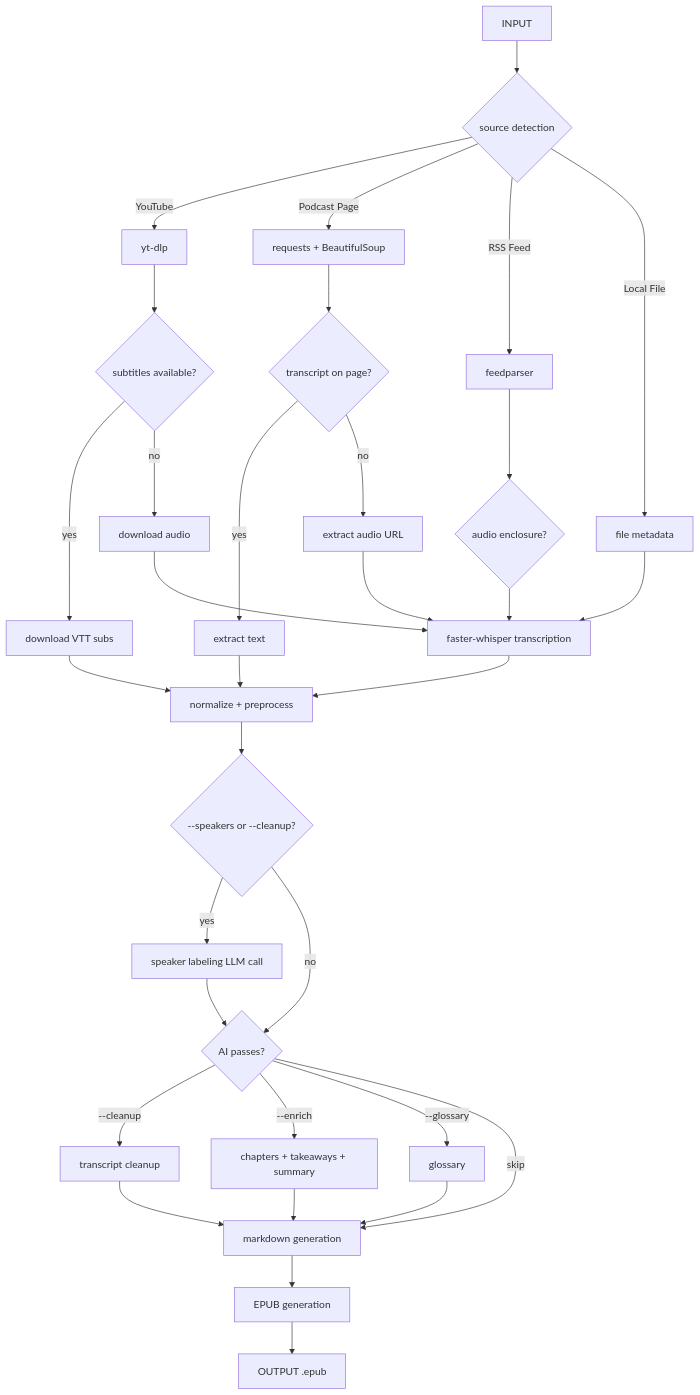
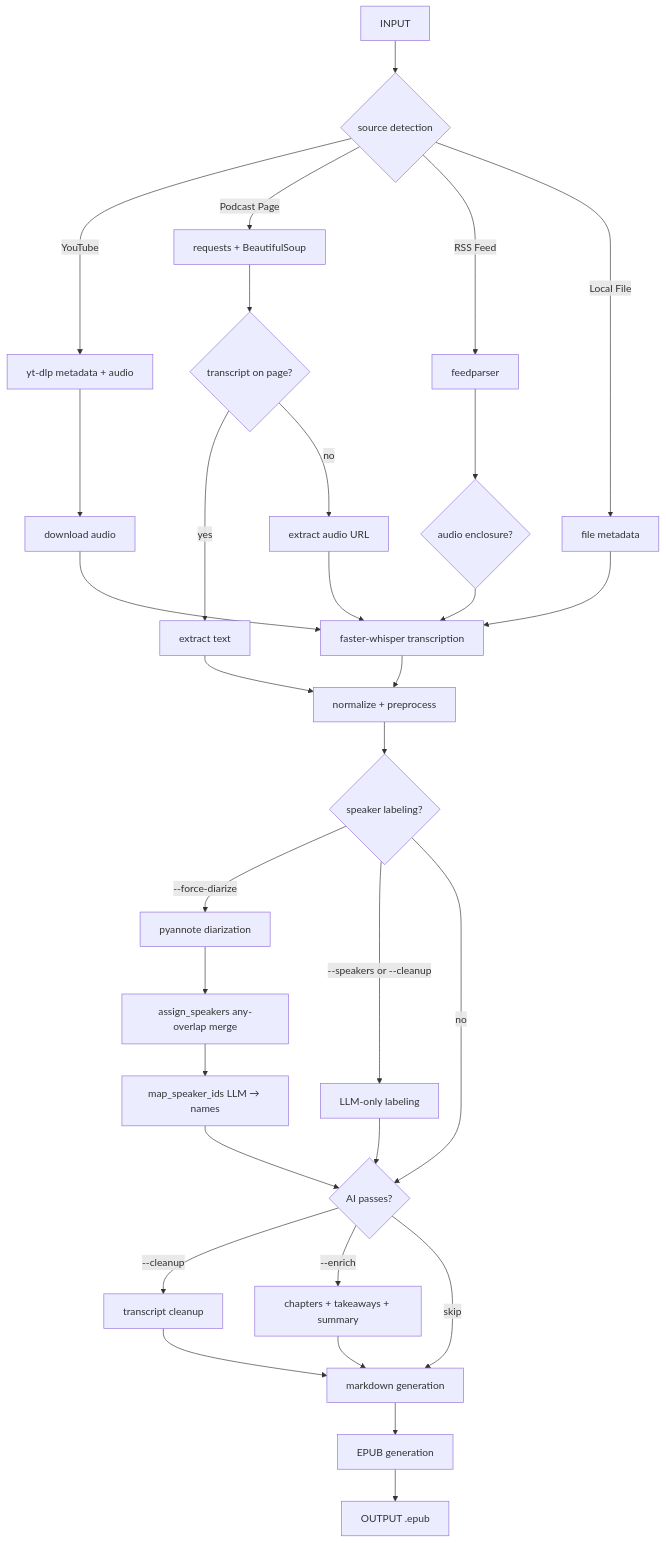
Before and after one commit to huajie06/to-text: the diagram in README.md, drawn with Mermaid. The commit also changed other lines of this file and 19 other files, not shown here.

First line of the commit message:
Refactor YouTube transcription, add phase metrics, and rework diarization merge

````diff
--- a/README.md
+++ b/README.md
@@ -25,42 +25,42 @@
 ```mermaid
 flowchart TD
     A[INPUT] --> B{source detection}
-    B -->|YouTube| C[yt-dlp]
+    B -->|YouTube| C[yt-dlp metadata + audio]
     B -->|Podcast Page| D[requests + BeautifulSoup]
     B -->|RSS Feed| E[feedparser]
     B -->|Local File| F[file metadata]
 
-    C --> G{subtitles available?}
+    C --> K[download audio]
     D --> H{transcript on page?}
     E --> I{audio enclosure?}
-
-    G -->|yes| J[download VTT subs]
-    G -->|no| K[download audio]
 
     H -->|yes| L[extract text]
     H -->|no| M[extract audio URL]
 
-    J --> O[normalize + preprocess]
     K --> N[faster-whisper transcription]
     M --> N
     I --> N
     F --> N
 
-    N --> O
+    N --> O[normalize + preprocess]
     L --> O
 
-    O --> SP{--speakers or --cleanup?}
-    SP -->|yes| SL[speaker labeling LLM call]
+    O --> SP{speaker labeling?}
+    SP -->|--force-diarize| DZ[pyannote diarization]
+    SP -->|--speakers or --cleanup| SL[LLM-only labeling]
     SP -->|no| P
-    SL --> P{AI passes?}
+
+    DZ --> AS[assign_speakers any-overlap merge]
+    AS --> MP[map_speaker_ids LLM → names]
+    SL --> P
+
+    MP --> P{AI passes?}
     P -->|--cleanup| Q[transcript cleanup]
     P -->|--enrich| R[chapters + takeaways + summary]
-    P -->|--glossary| R2[glossary]
     Q --> S[markdown generation]
     R --> S
-    R2 --> S
     P -->|skip| S
 
     S --> T[EPUB generation]
     T --> U[OUTPUT .epub]
 ```
````
